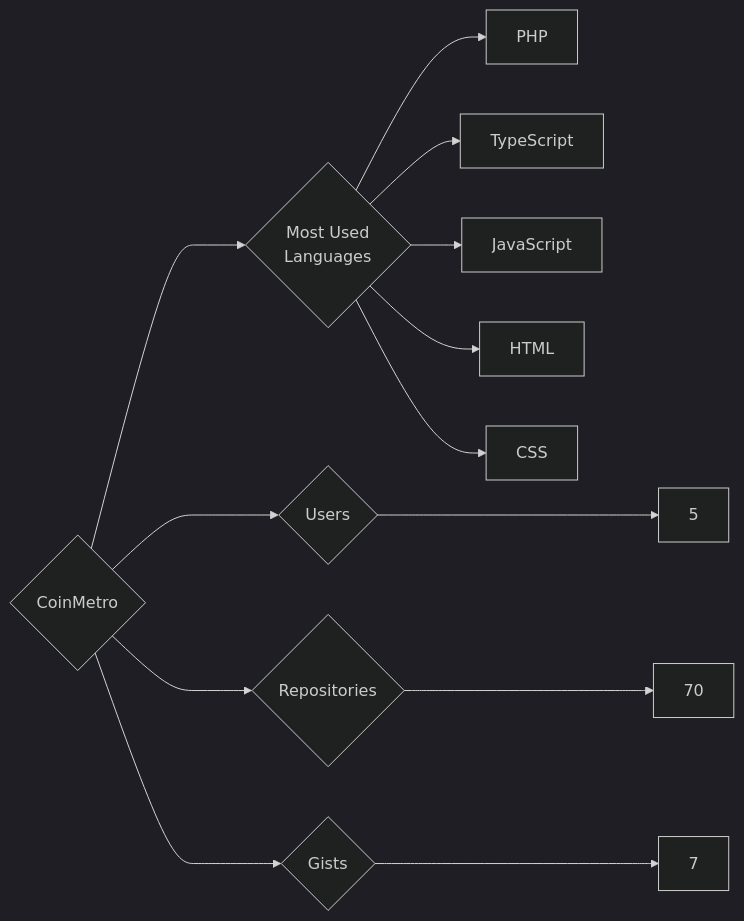
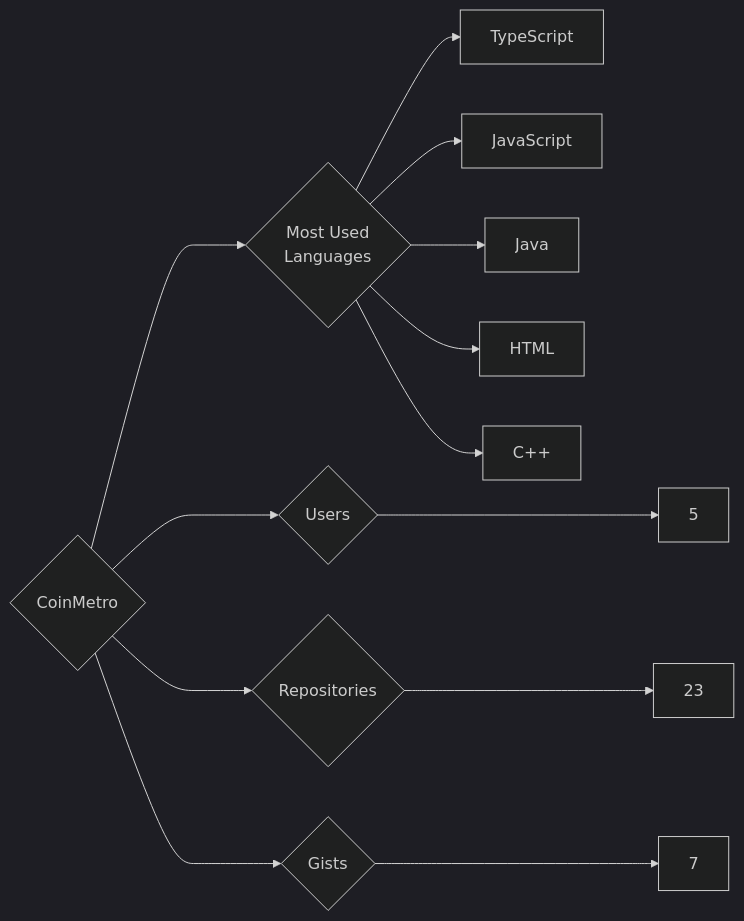
One commit to trickest/insiders changed the diagram in targets/CoinMetro/README.md. Above: the diagram before and after it, drawn with Mermaid (dark theme). The commit also changed 1055 other files, not shown here.

````diff
--- a/targets/CoinMetro/README.md
+++ b/targets/CoinMetro/README.md
@@ -3,13 +3,13 @@
 ```mermaid
 graph LR
 COMPANY_NAME{CoinMetro}
 COMPANY_NAME ---> U{Users} ---> UN[5]
-COMPANY_NAME ---> R{Repositories} ---> RN[70]
+COMPANY_NAME ---> R{Repositories} ---> RN[23]
 COMPANY_NAME ---> G{Gists} ---> GN[7]
 COMPANY_NAME ---> ML{Most Used<br>Languages}
-ML --> PHP[PHP]
 ML --> TypeScript[TypeScript]
 ML --> JavaScript[JavaScript]
+ML --> Java[Java]
 ML --> HTML[HTML]
-ML --> CSS[CSS]
+ML --> C++[C++]
 ```
````
